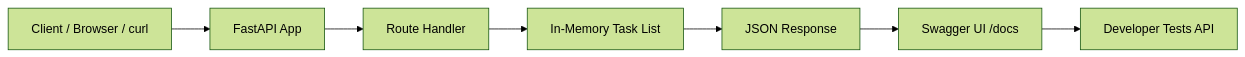
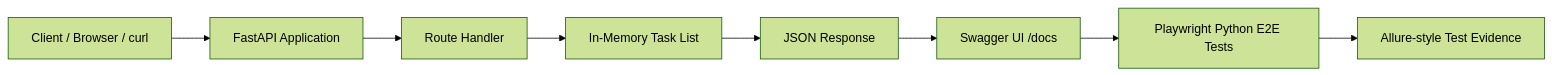
Before and after one commit to AvijitChowdhury/To-Do-CRUD-API-Using-FastApi-Framework: the diagram in README.md, drawn with Mermaid (forest theme). The commit also changed other lines of this file and 2 other files, not shown here.

Commit message:
Enhance README with Playwright Python E2E screenshots and workflow docs

````diff
--- a/README.md
+++ b/README.md
@@ -119,9 +119,10 @@
 ```mermaid
 flowchart LR
-    A[Client / Browser / curl] --> B[FastAPI App]
+    A[Client / Browser / curl] --> B[FastAPI Application]
     B --> C[Route Handler]
     C --> D[In-Memory Task List]
     D --> E[JSON Response]
     E --> F[Swagger UI /docs]
-    F --> G[Developer Tests API]
+    F --> G[Playwright Python E2E Tests]
+    G --> H[Allure-style Test Evidence]
 ```
````
